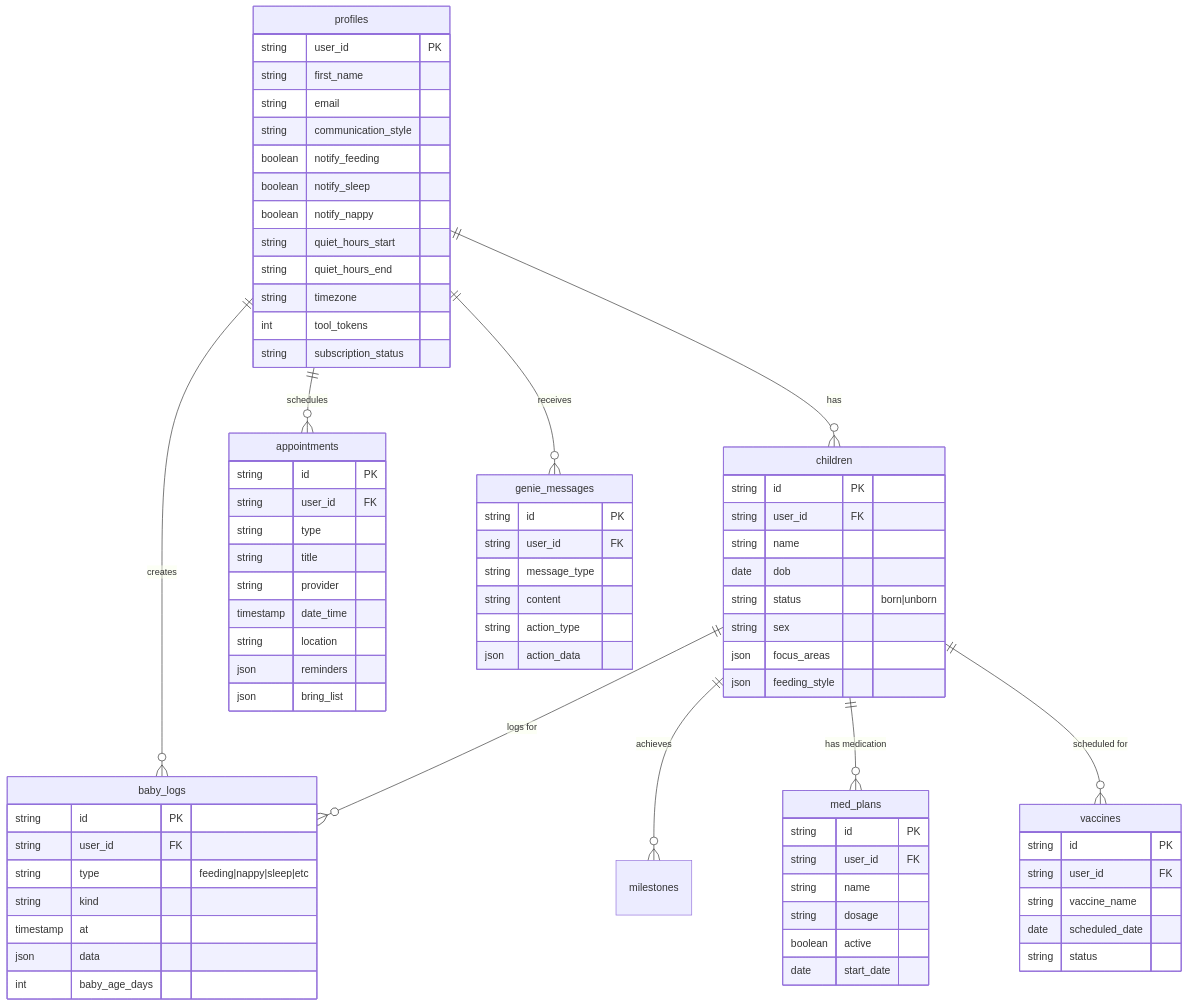
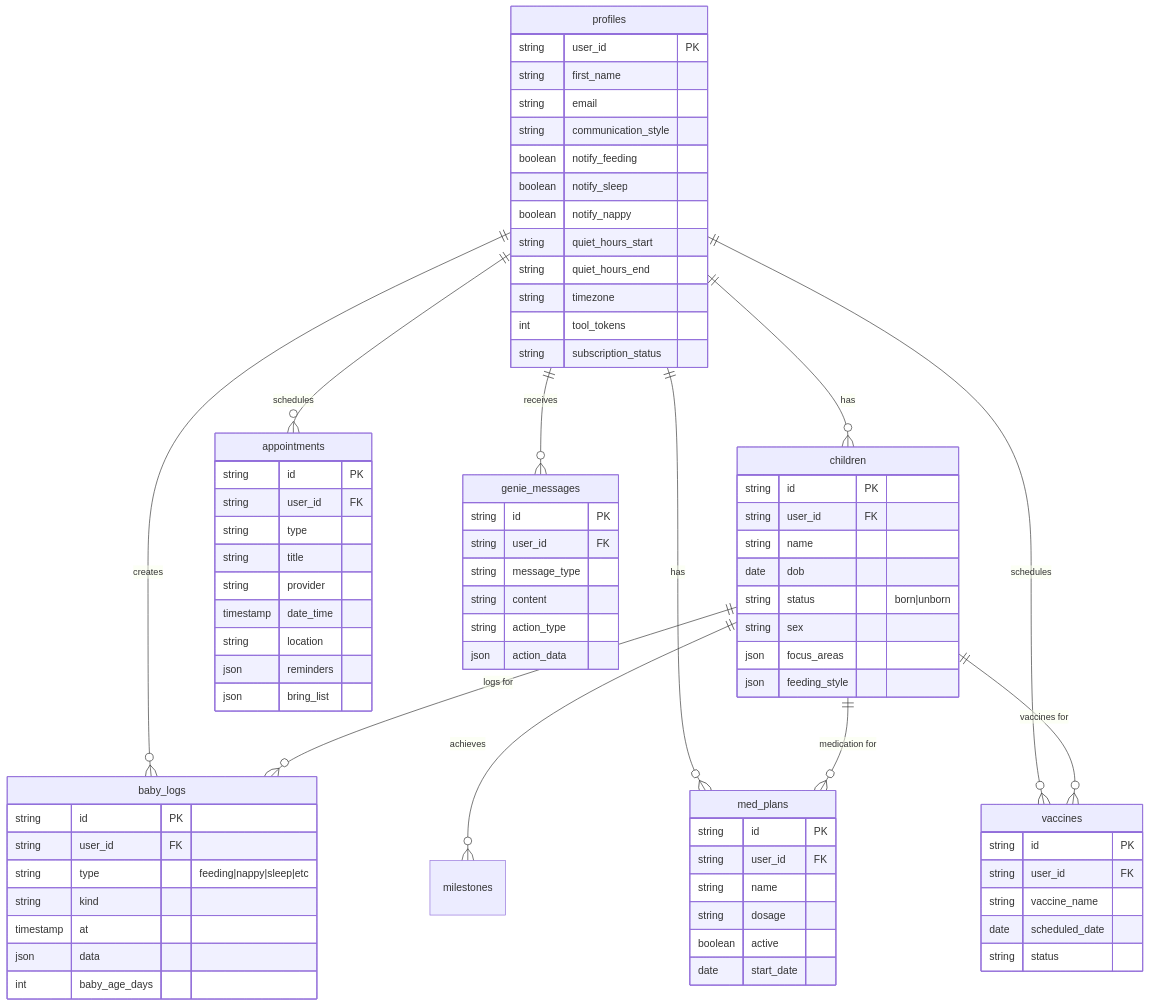
Before and after one commit to faizanMayo786/faizanMayo786: the fifth of 5 diagrams in PROJECT_SCOPE_AND_QUOTE.md, drawn with Mermaid. The commit also changed other lines of this file, not shown here.

````diff
--- a/PROJECT_SCOPE_AND_QUOTE.md
+++ b/PROJECT_SCOPE_AND_QUOTE.md
@@ -337,14 +763,17 @@
 ```mermaid
 erDiagram
-    profiles ||--o{ children : has
-    profiles ||--o{ baby_logs : creates
-    profiles ||--o{ appointments : schedules
-    profiles ||--o{ genie_messages : receives
+    profiles ||--o{ children : "has"
+    profiles ||--o{ baby_logs : "creates"
+    profiles ||--o{ appointments : "schedules"
+    profiles ||--o{ genie_messages : "receives"
+    profiles ||--o{ med_plans : "has"
+    profiles ||--o{ vaccines : "schedules"
+
     children ||--o{ baby_logs : "logs for"
-    children ||--o{ milestones : achieves
-    children ||--o{ med_plans : "has medication"
-    children ||--o{ vaccines : "scheduled for"
-    
+    children ||--o{ milestones : "achieves"
+    children ||--o{ med_plans : "medication for"
+    children ||--o{ vaccines : "vaccines for"
+
     profiles {
         string user_id PK
         string first_name
@@ -359,7 +788,7 @@
         int tool_tokens
         string subscription_status
     }
-    
+
     children {
         string id PK
         string user_id FK
@@ -370,7 +799,7 @@
         json focus_areas
         json feeding_style
     }
-    
+
     baby_logs {
         string id PK
         string user_id FK
@@ -380,7 +809,7 @@
         json data
         int baby_age_days
     }
-    
+
     appointments {
         string id PK
         string user_id FK
@@ -392,7 +821,7 @@
         json reminders
         json bring_list
     }
-    
+
     genie_messages {
         string id PK
         string user_id FK
@@ -401,7 +830,7 @@
         string action_type
         json action_data
     }
-    
+
     med_plans {
         string id PK
         string user_id FK
@@ -410,7 +839,7 @@
         boolean active
         date start_date
     }
-    
+
     vaccines {
         string id PK
         string user_id FK
````
